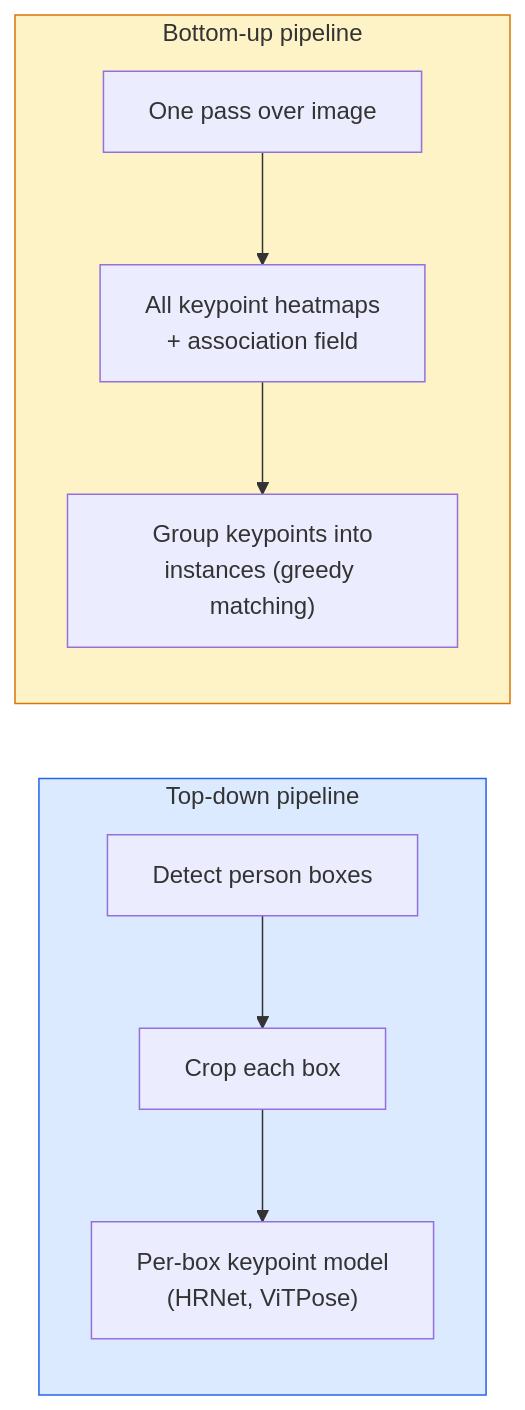
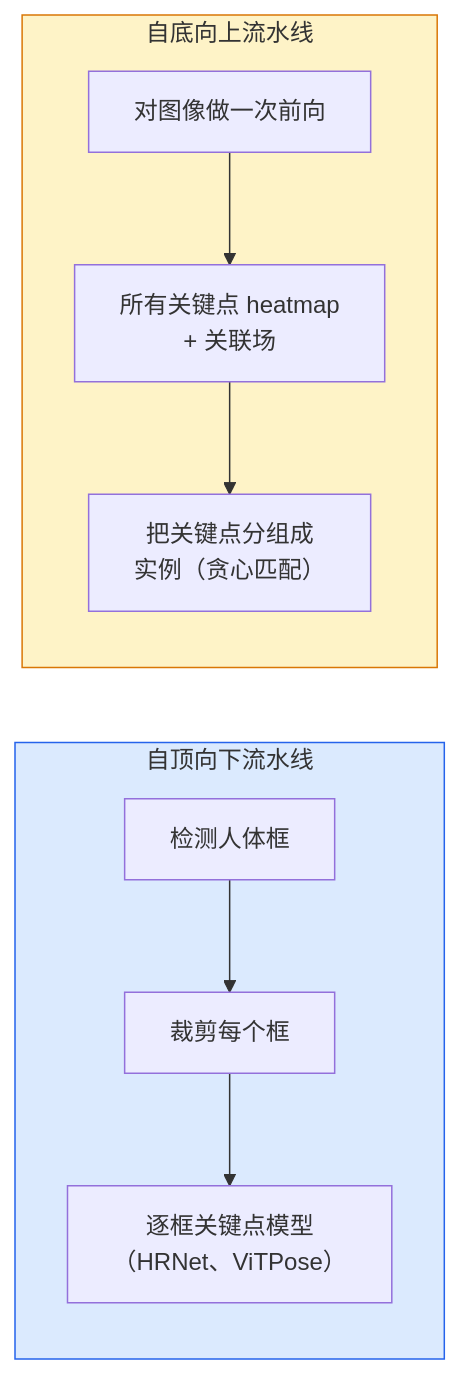
Before and after one commit to JerryC8080/ai-engineering-from-scratch-zh: the diagram in phases/04-computer-vision/21-keypoint-pose/docs/zh.md, drawn with Mermaid. The commit also changed 156 other files, not shown here.

First line of the commit message:
i18n(zh): translate mermaid diagram labels in 157 lesson zh.md

````diff
--- a/phases/04-computer-vision/21-keypoint-pose/docs/zh.md
+++ b/phases/04-computer-vision/21-keypoint-pose/docs/zh.md
@@ -31,14 +31,14 @@
 ```mermaid
 flowchart LR
-    subgraph TD["Top-down pipeline"]
-        A1["Detect person boxes"] --> A2["Crop each box"]
-        A2 --> A3["Per-box keypoint model<br/>(HRNet, ViTPose)"]
+    subgraph TD["自顶向下流水线"]
+        A1["检测人体框"] --> A2["裁剪每个框"]
+        A2 --> A3["逐框关键点模型<br/>（HRNet、ViTPose）"]
     end
-    subgraph BU["Bottom-up pipeline"]
-        B1["One pass over image"] --> B2["All keypoint heatmaps<br/>+ association field"]
-        B2 --> B3["Group keypoints into<br/>instances (greedy matching)"]
+    subgraph BU["自底向上流水线"]
+        B1["对图像做一次前向"] --> B2["所有关键点 heatmap<br/>+ 关联场"]
+        B2 --> B3["把关键点分组成<br/>实例（贪心匹配）"]
     end
 
     style TD fill:#dbeafe,stroke:#2563eb
     style BU fill:#fef3c7,stroke:#d97706
 ```
````
